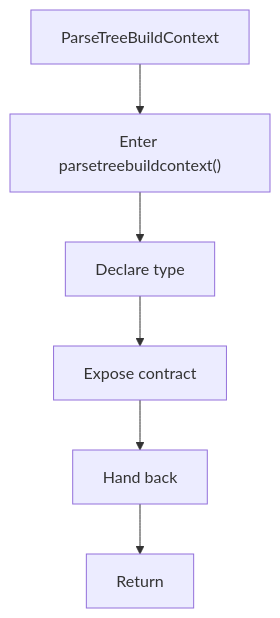
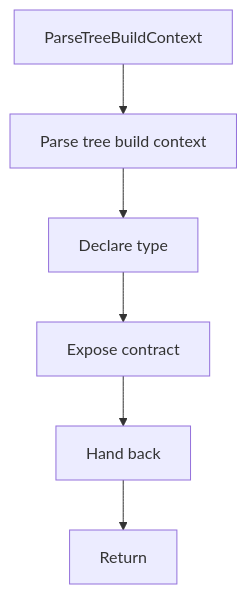
One commit to JohnAndrewBalbarosa/NeoTerritory changed the second of 2 diagrams in docs/Codebase/Microservice/Modules/Header/SyntacticBrokenAST/OutputGeneration/Contracts/analysis_context.hpp.md. Above: the diagram before and after it, drawn with Mermaid. The commit also changed other lines of this file and 915 other files, not shown here.

````diff
--- a/docs/Codebase/Microservice/Modules/Header/SyntacticBrokenAST/OutputGeneration/Contracts/analysis_context.hpp.md
+++ b/docs/Codebase/Microservice/Modules/Header/SyntacticBrokenAST/OutputGeneration/Contracts/analysis_context.hpp.md
@@ -66,14 +65,14 @@
 ```mermaid
 flowchart TD
     Start["ParseTreeBuildContext"]
-    N0["Enter parsetreebuildcontext()"]
+    N0["Parse tree build context"]
     N1["Declare type"]
     N2["Expose contract"]
     N3["Hand back"]
     End["Return"]
     Start --> N0
     N0 --> N1
     N1 --> N2
     N2 --> N3
     N3 --> End
 ```
````
